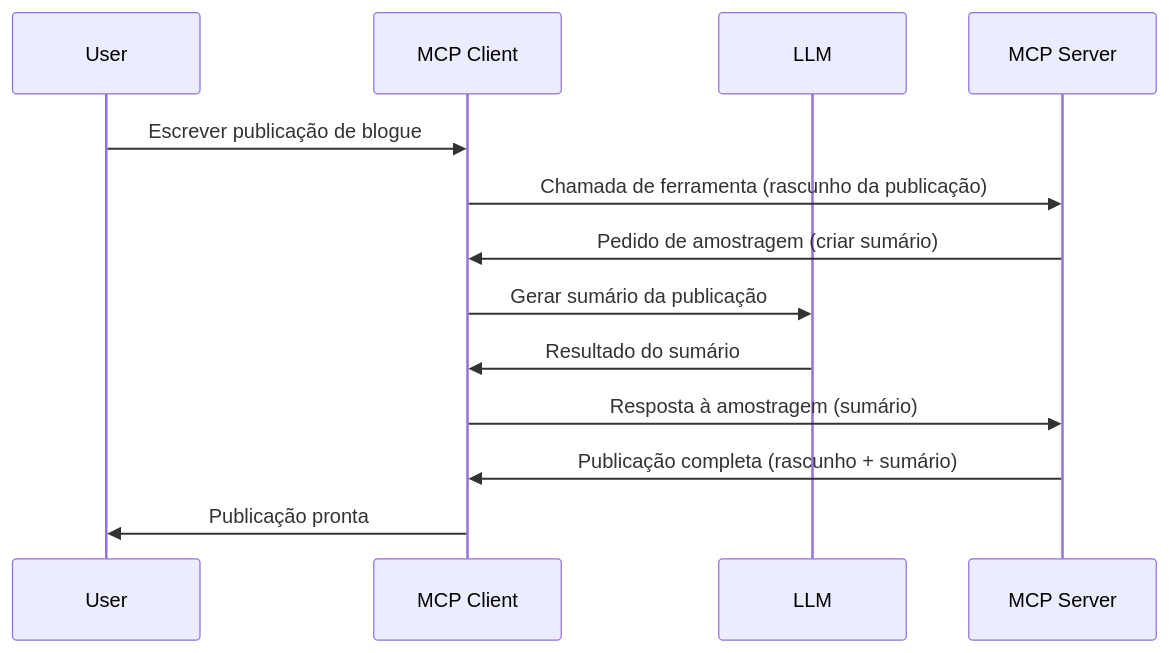
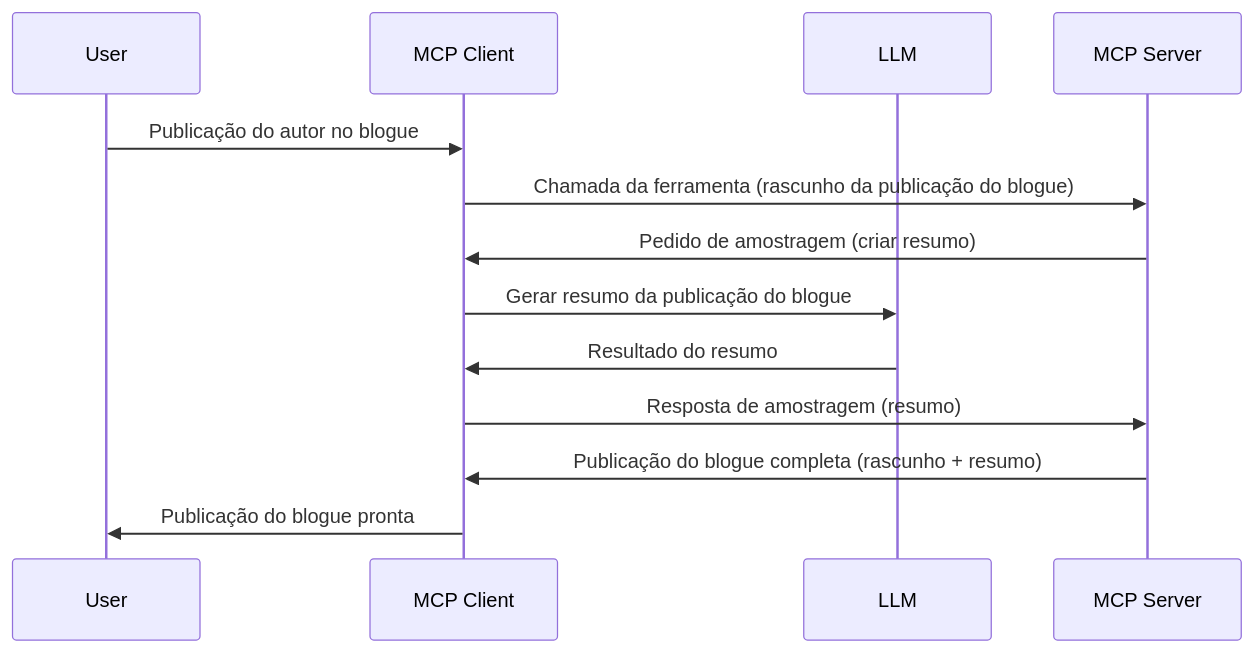
The diagram in mcp_ecosystem__model_context_protocol/mcp_learning_resources/mcp-for-beginners/translations/pt-PT/03-GettingStarted/14-sampling/README.md (HIDORAKAI002/ai-workspace-archive), drawn with Mermaid before and after one commit. The commit also changed other lines of this file and 1046 other files, not shown here.

````diff
--- a/mcp_ecosystem__model_context_protocol/mcp_learning_resources/mcp-for-beginners/translations/pt-PT/03-GettingStarted/14-sampling/README.md
+++ b/mcp_ecosystem__model_context_protocol/mcp_learning_resources/mcp-for-beginners/translations/pt-PT/03-GettingStarted/14-sampling/README.md
@@ -23,16 +25,16 @@
 ```mermaid
 sequenceDiagram
     participant User
     participant MCP Client
     participant LLM
     participant MCP Server
 
-    User->>MCP Client: Escrever publicação de blogue
-    MCP Client->>MCP Server: Chamada de ferramenta (rascunho da publicação)
-    MCP Server->>MCP Client: Pedido de amostragem (criar sumário)
-    MCP Client->>LLM: Gerar sumário da publicação
-    LLM->>MCP Client: Resultado do sumário
-    MCP Client->>MCP Server: Resposta à amostragem (sumário)
-    MCP Server->>MCP Client: Publicação completa (rascunho + sumário)
-    MCP Client->>User: Publicação pronta
+    User->>MCP Client: Publicação do autor no blogue
+    MCP Client->>MCP Server: Chamada da ferramenta (rascunho da publicação do blogue)
+    MCP Server->>MCP Client: Pedido de amostragem (criar resumo)
+    MCP Client->>LLM: Gerar resumo da publicação do blogue
+    LLM->>MCP Client: Resultado do resumo
+    MCP Client->>MCP Server: Resposta de amostragem (resumo)
+    MCP Server->>MCP Client: Publicação do blogue completa (rascunho + resumo)
+    MCP Client->>User: Publicação do blogue pronta
 ```
````
